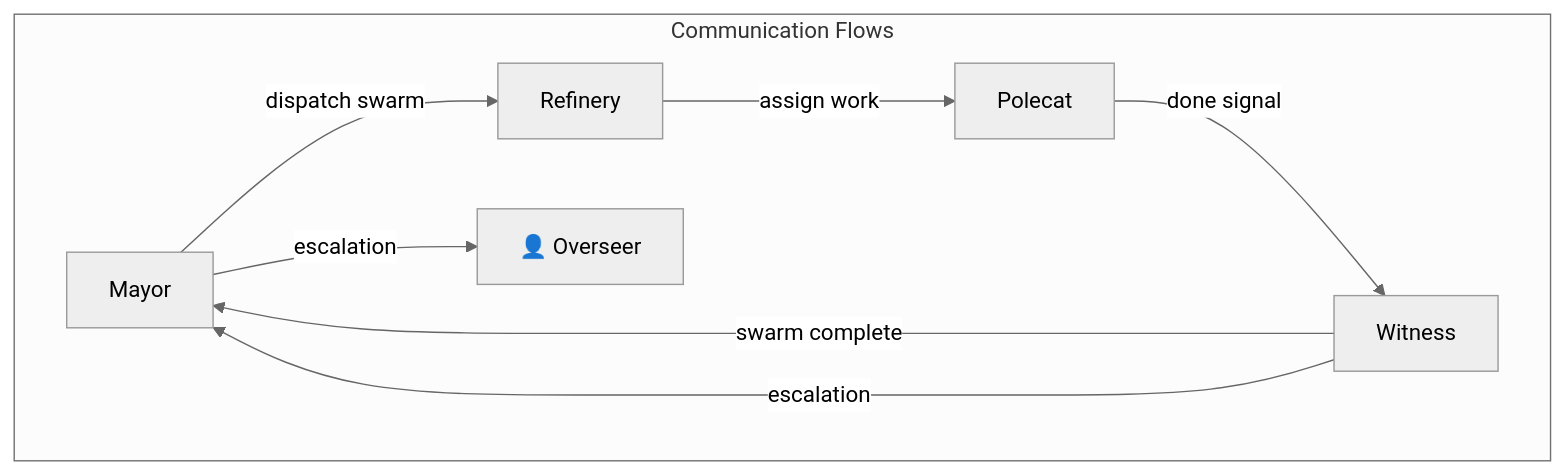
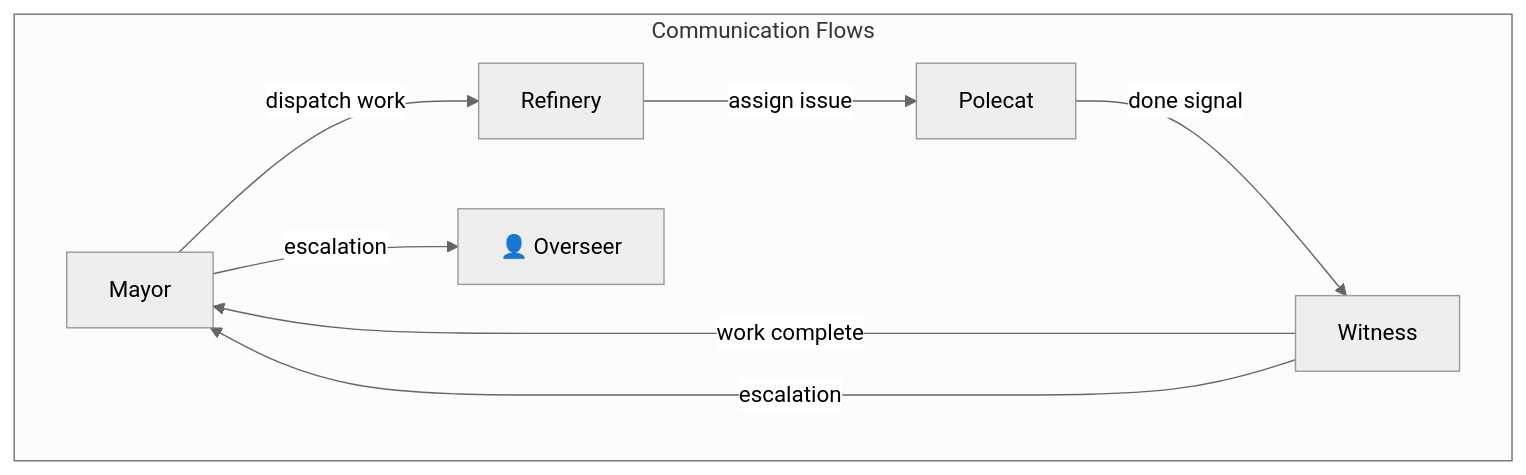
The second of 10 diagrams in docs/architecture.md (wsaults/gastown), drawn with Mermaid (neutral theme) before and after one commit. The commit also changed other lines of this file, not shown here.

First line of the commit message:
docs: eliminate Swarm ID concept, adopt stream model

````diff
--- a/docs/architecture.md
+++ b/docs/architecture.md
@@ -93,12 +95,12 @@
 ```mermaid
 flowchart LR
     subgraph "Communication Flows"
         direction LR
-        Mayor -->|"dispatch swarm"| Refinery
-        Refinery -->|"assign work"| Polecat
+        Mayor -->|"dispatch work"| Refinery
+        Refinery -->|"assign issue"| Polecat
         Polecat -->|"done signal"| Witness
-        Witness -->|"swarm complete"| Mayor
+        Witness -->|"work complete"| Mayor
         Witness -->|"escalation"| Mayor
         Mayor -->|"escalation"| Overseer["👤 Overseer"]
     end
 ```
````
